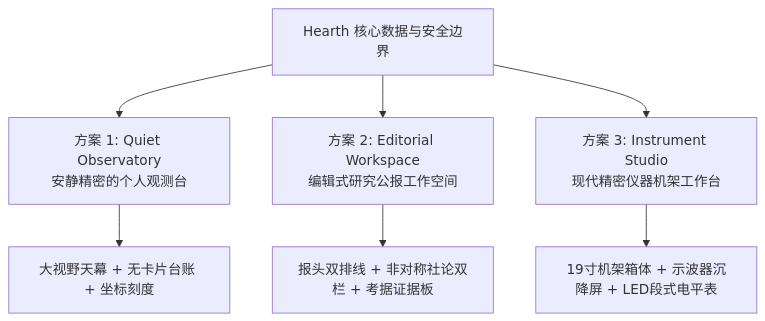
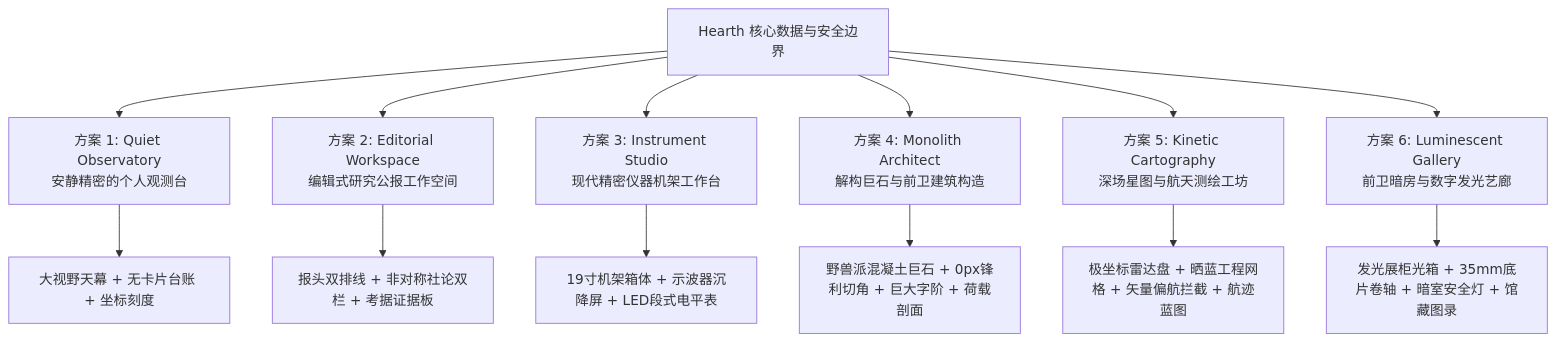
The diagram in docs/design/UI-03-CONCEPTS.md (EchoTouch-moon/hark), drawn with Mermaid before and after one commit. The commit also changed other lines of this file and 47 other files, not shown here.

````diff
--- a/docs/design/UI-03-CONCEPTS.md
+++ b/docs/design/UI-03-CONCEPTS.md
@@ -40,10 +43,16 @@
 ```mermaid
 graph TD
     A[Hearth 核心数据与安全边界] --> B[方案 1: Quiet Observatory<br/>安静精密的个人观测台]
     A --> C[方案 2: Editorial Workspace<br/>编辑式研究公报工作空间]
     A --> D[方案 3: Instrument Studio<br/>现代精密仪器机架工作台]
+    A --> E[方案 4: Monolith Architect<br/>解构巨石与前卫建筑构造]
+    A --> F[方案 5: Kinetic Cartography<br/>深场星图与航天测绘工坊]
+    A --> G[方案 6: Luminescent Gallery<br/>前卫暗房与数字发光艺廊]
     
     B --> B1[大视野天幕 + 无卡片台账 + 坐标刻度]
     C --> C1[报头双排线 + 非对称社论双栏 + 考据证据板]
     D --> D1[19寸机架箱体 + 示波器沉降屏 + LED段式电平表]
+    E --> E1[野兽派混凝土巨石 + 0px锋利切角 + 巨大字阶 + 荷载剖面]
+    F --> F1[极坐标雷达盘 + 晒蓝工程网格 + 矢量偏航拦截 + 航迹蓝图]
+    G --> G1[发光展柜光箱 + 35mm底片卷轴 + 暗室安全灯 + 馆藏图录]
 ```
````
